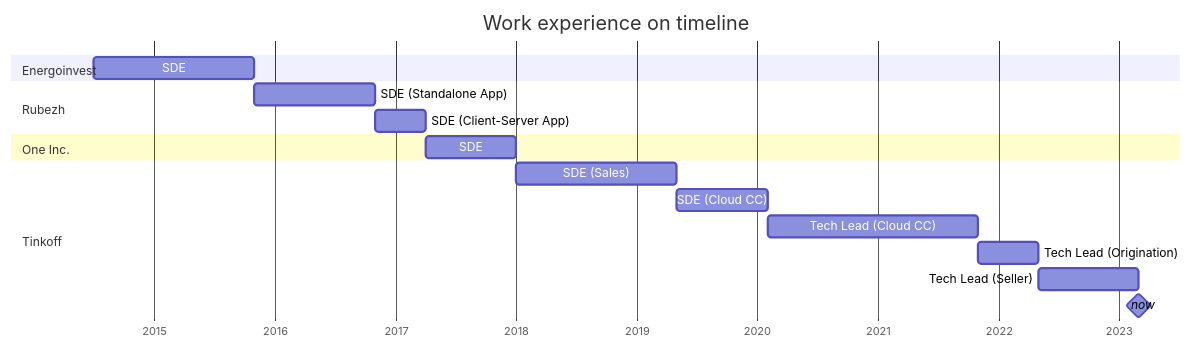
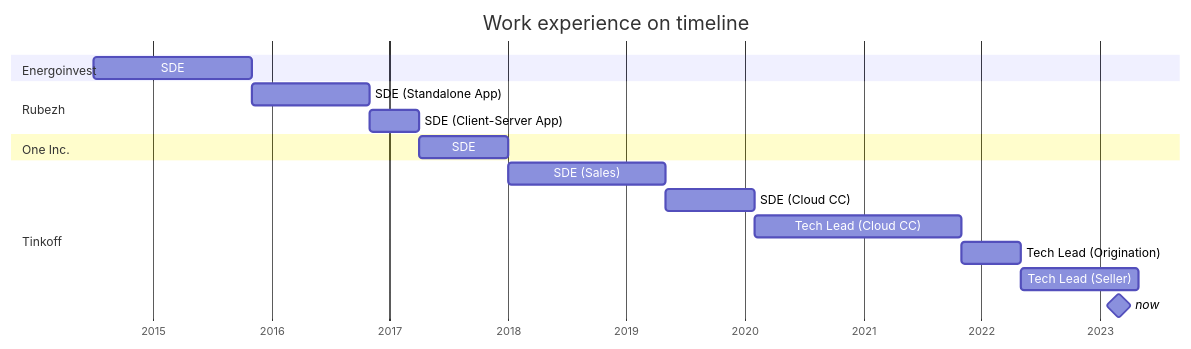
One commit to vladar107/vladar107 changed the diagram in cv.md. Above: the diagram before and after it, drawn with Mermaid.

````diff
--- a/cv.md
+++ b/cv.md
@@ -20,25 +20,25 @@
 ```mermaid
 gantt
     title Work experience on timeline
     dateFormat  YYYY-MM
     axisFormat  %Y
     todayMarker stroke-width:5px, opacity:0.75
     
     section Energoinvest
     SDE                     :sd1, 2014-07, 2015-11
     
     section Rubezh
     SDE (Standalone App)    :sd2, after sd1, 2016-11
     SDE (Client-Server App) :sd3, after sd2, 2017-04
     
     section One Inc.
     SDE                     :sd4, after sd3, 2018-01
     
     section Tinkoff
     SDE (Sales)             :sd5, after sd4, 2019-05
     SDE (Cloud CC)          :sd6, after sd5, 2020-02
     Tech Lead (Cloud CC)    :tl1, after sd6, 2021-11
     Tech Lead (Origination) :tl2, after tl1, 2022-05
-    Tech Lead (Seller)      :tl3, after tl2, 2023-03
+    Tech Lead (Seller)      :tl3, after tl2, 2023-05
     now                     :milestone, 2023-03, 1s
 ```
````
